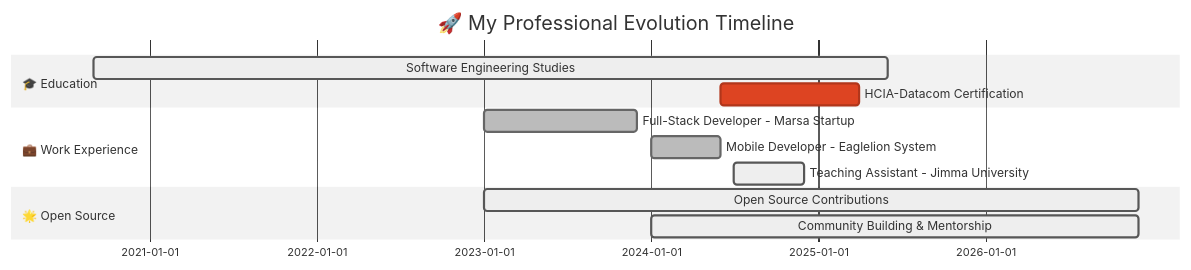
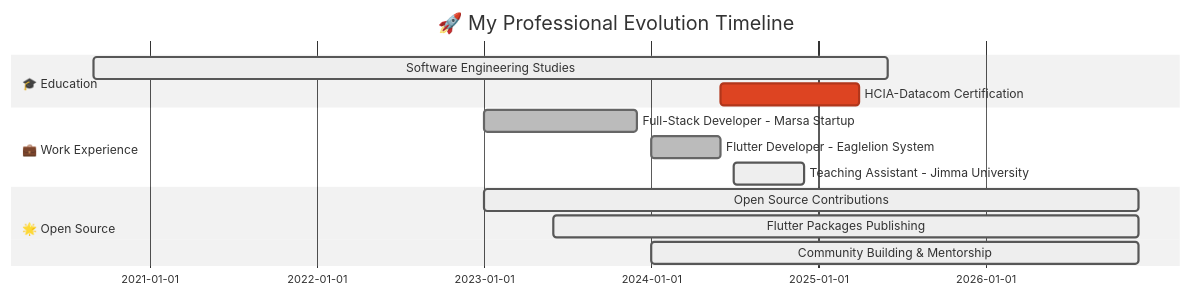
Before and after one commit to Gemeda4927/Gemeda4927: the first of 2 diagrams in README.md, drawn with Mermaid (neutral theme). The commit also changed other lines of this file, not shown here.

````diff
--- a/README.md
+++ b/README.md
@@ -385,17 +843,18 @@
 ```mermaid
 gantt
     title 🚀 My Professional Evolution Timeline
     dateFormat YYYY-MM
     section 🎓 Education
     Software Engineering Studies          :active, 2020-09, 2025-06
     HCIA-Datacom Certification            :crit, 2024-06, 2025-04
     
     section 💼 Work Experience
     Full-Stack Developer - Marsa Startup  :done, 2023-01, 2023-12
-    Mobile Developer - Eaglelion System   :done, 2024-01, 2024-06
+    Flutter Developer - Eaglelion System  :done, 2024-01, 2024-06
     Teaching Assistant - Jimma University :active, 2024-07, 2024-12
     
     section 🌟 Open Source
     Open Source Contributions             :active, 2023-01, 2026-12
+    Flutter Packages Publishing           :active, 2023-06, 2026-12
     Community Building & Mentorship       :active, 2024-01, 2026-12
 ```
````
